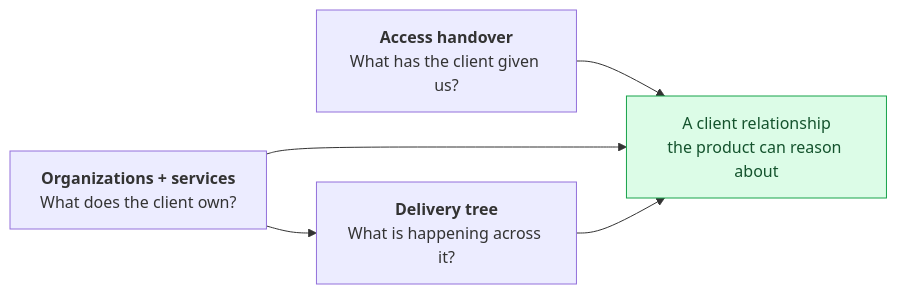
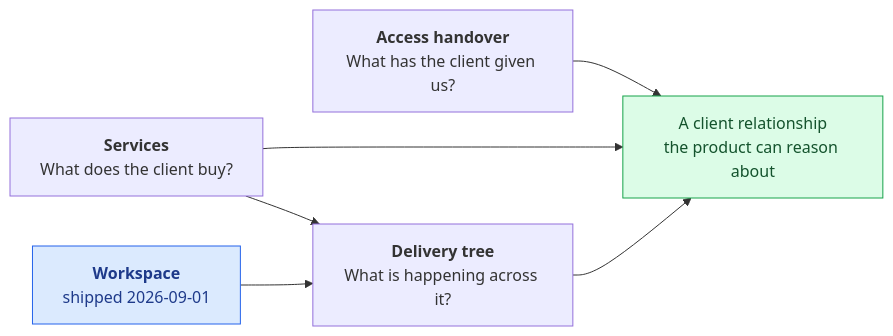
Before and after one commit to DavidBatoDev/proyekto: the diagram in docs/13-proposals/README.md, drawn with Mermaid. The commit also changed other lines of this file and 32 other files, not shown here.

First line of the commit message:
docs: document the workspace tier and retire the organizations proposal

````diff
--- a/docs/13-proposals/README.md
+++ b/docs/13-proposals/README.md
@@ -47,10 +53,12 @@
 ```mermaid
 flowchart LR
     A["<b>Access handover</b><br/>What has the client given us?"] --> C
-    B["<b>Organizations + services</b><br/>What does the client own?"] --> C
+    B["<b>Services</b><br/>What does the client buy?"] --> C
     C["A client relationship<br/>the product can reason about"]
     B --> D["<b>Delivery tree</b><br/>What is happening across it?"]
     D --> C
+    W["<b>Workspace</b><br/>shipped 2026-09-01"] --> D
 
     style C fill:#dcfce7,stroke:#16a34a,color:#14532d
+    style W fill:#dbeafe,stroke:#2563eb,color:#1e3a8a
 ```
````
